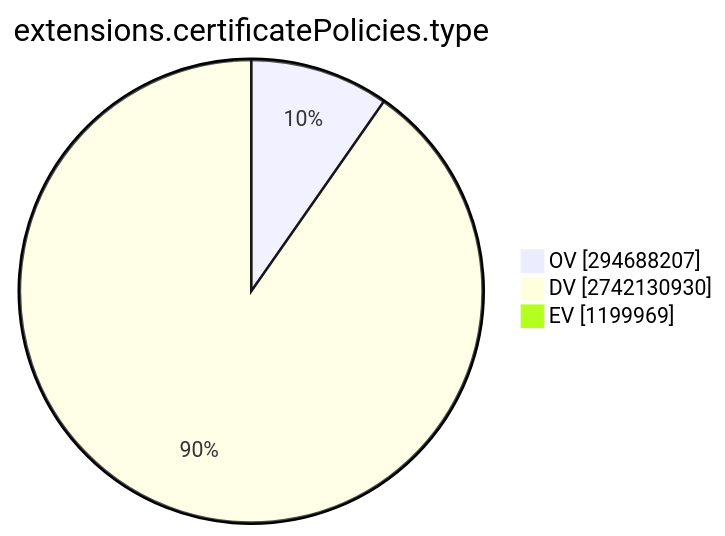
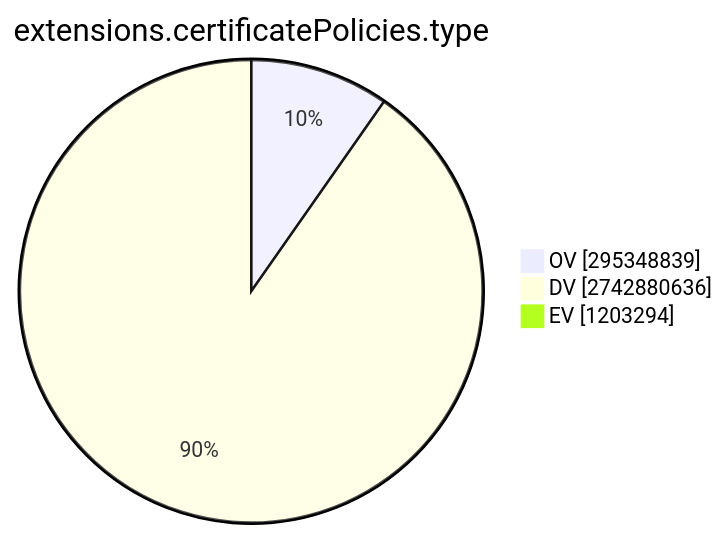
One commit to christiankrug/ctmonitor_visualization changed the ninth of 15 diagrams in TOTAL/README.md. Above: the diagram before and after it, drawn with Mermaid. The commit also changed other lines of this file, not shown here.

````diff
--- a/TOTAL/README.md
+++ b/TOTAL/README.md
@@ -3095,7 +3095,7 @@
 ```mermaid
 pie showData
 title extensions.certificatePolicies.type
-"OV" :294688207
-"DV" :2742130930
-"EV" :1199969
+"OV" :295348839
+"DV" :2742880636
+"EV" :1203294
 ```
````
